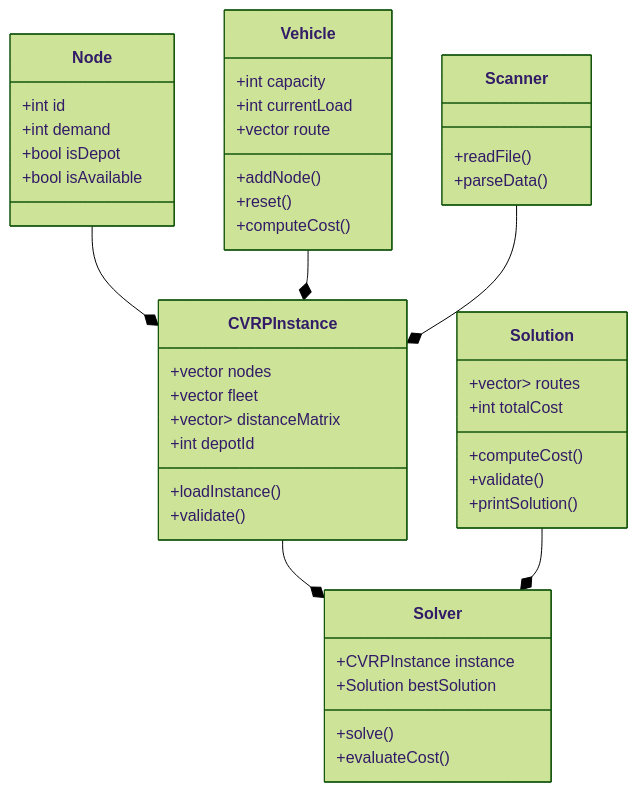
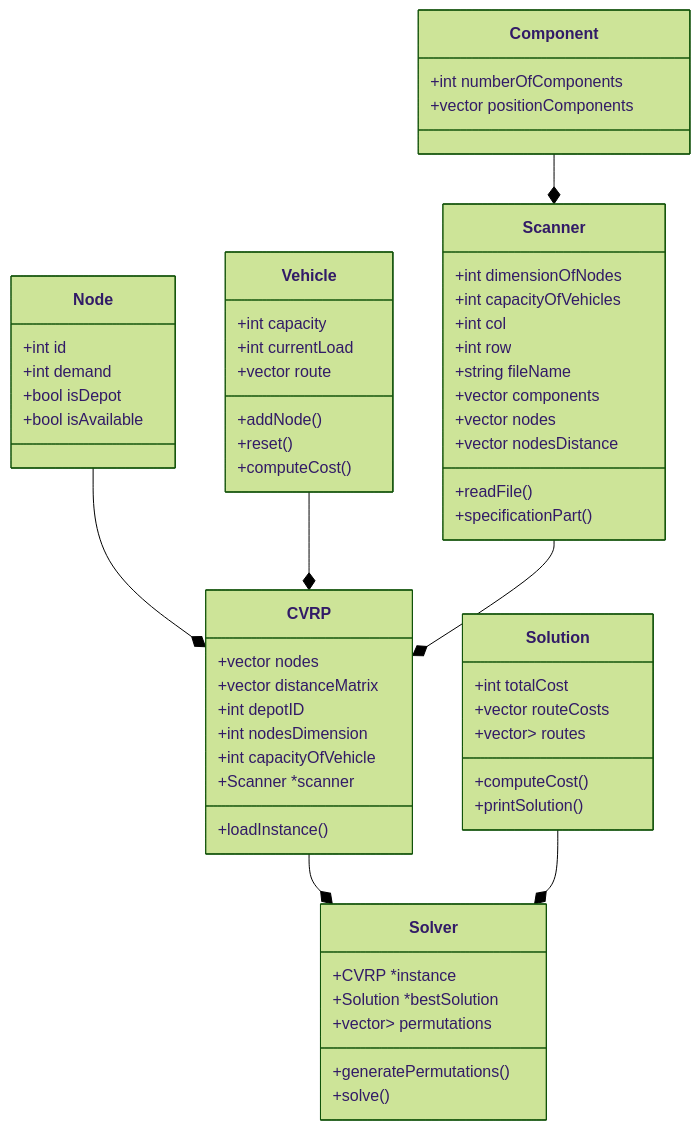
One commit to IsaacKosloski/CapacitatedVehicleRoutingProblem-BruteForce changed the first of 4 diagrams in README.md. Above: the diagram before and after it, drawn with Mermaid (forest theme). The commit also changed other lines of this file and 6 other files, not shown here.

````diff
--- a/README.md
+++ b/README.md
@@ -64,53 +64,70 @@
 ```mermaid
 classDiagram
     class Node {
         +int id
         +int demand
         +bool isDepot
         +bool isAvailable
+    }
+    
+    class Component{
+        +int numberOfComponents
+        +vector<double> positionComponents
     }
 
     class Vehicle {
         +int capacity
         +int currentLoad
         +vector<int> route
         +addNode()
         +reset()
         +computeCost()
     }
 
-    class CVRPInstance {
-        +vector<Node> nodes
-        +vector<Vehicle> fleet
-        +vector<vector<int>> distanceMatrix
-        +int depotId
+    class CVRP {
+        +vector<Node> nodes 
+        +vector<double> distanceMatrix 
+        +int depotID
+        +int nodesDimension 
+        +int capacityOfVehicle 
+        +Scanner *scanner 
         +loadInstance()
-        +validate()
+        
     }
 
     class Solution {
+        +int totalCost
+        +vector<double> routeCosts
         +vector<vector<int>> routes
-        +int totalCost
         +computeCost()
-        +validate()
         +printSolution()
     }
 
     class Solver {
-        +CVRPInstance instance
-        +Solution bestSolution
-        +solve()
-        +evaluateCost()
+        +CVRP *instance
+        +Solution *bestSolution
+        +vector<vector<Node>> permutations
+        +generatePermutations()
+        +solve()        
     }
 
     class Scanner {
+        +int dimensionOfNodes
+        +int capacityOfVehicles
+        +int col
+        +int row
+        +string fileName
+        +vector<Component> components
+        +vector<Node> nodes
+        +vector<double> nodesDistance
         +readFile()
-        +parseData()
+        +specificationPart()
     }
-
-    Node --* CVRPInstance
-    Vehicle --* CVRPInstance
-    CVRPInstance --* Solver
+    
+    Component --* Scanner
+    Node --* CVRP
+    Vehicle --* CVRP
+    CVRP --* Solver
     Solution --* Solver
-    Scanner --* CVRPInstance
+    Scanner --* CVRP
 ```
````
